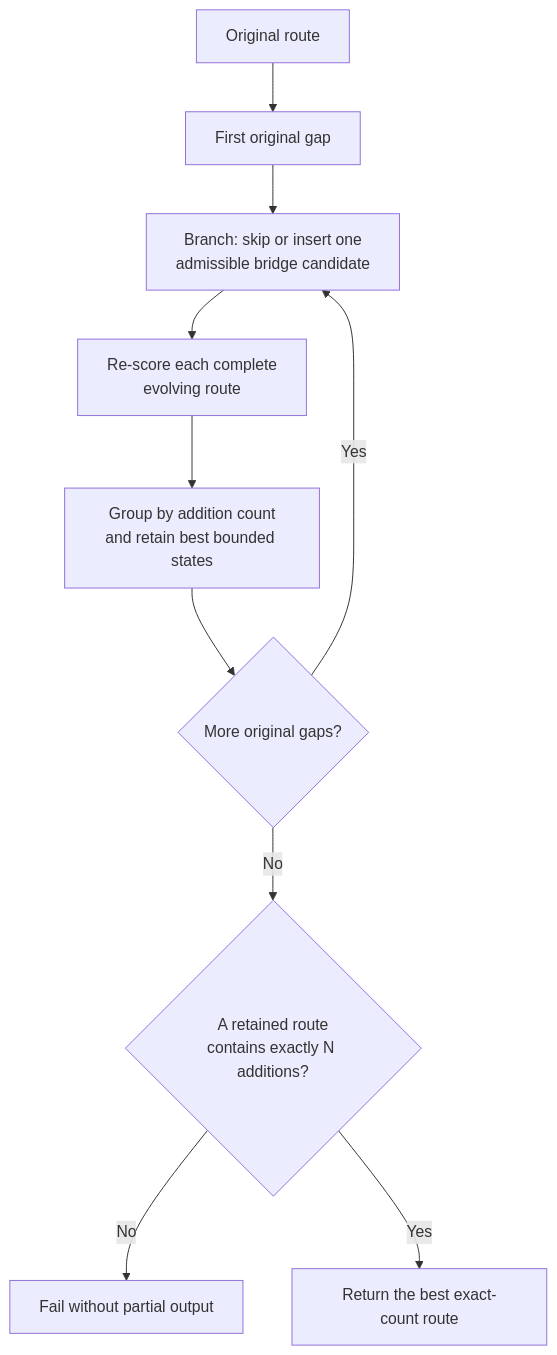
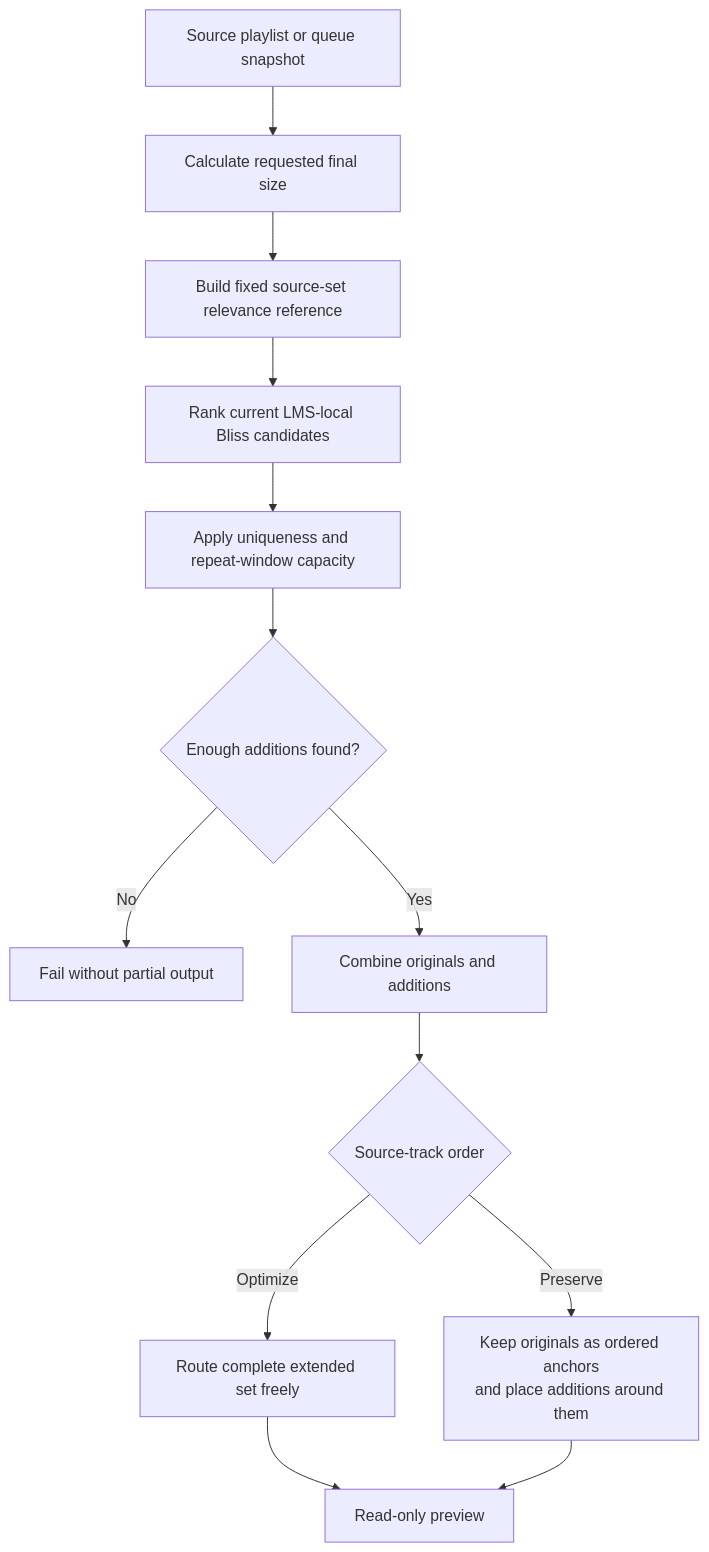
Before and after one commit to chrober/lms-better-call-bliss: the fifth of 8 diagrams in ALGORITHMS.md, drawn with Mermaid. The commit also changed other lines of this file and 12 other files, not shown here.

```diff
--- a/ALGORITHMS.md
+++ b/ALGORITHMS.md
@@ -320,12 +328,15 @@
 ~~~mermaid
 flowchart TD
-    A["Original route"] --> B["First original gap"]
-    B --> C["Branch: skip or insert one<br/>admissible bridge candidate"]
-    C --> D["Re-score each complete<br/>evolving route"]
-    D --> E["Group by addition count<br/>and retain best bounded states"]
-    E --> F{"More original gaps?"}
-    F -- Yes --> C
-    F -- No --> G{"A retained route<br/>contains exactly N additions?"}
-    G -- No --> X["Fail without partial output"]
-    G -- Yes --> H["Return the best exact-count route"]
+    A["Source playlist or queue snapshot"] --> B["Calculate requested final size"]
+    B --> C["Build fixed source-set relevance reference"]
+    C --> D["Rank current LMS-local Bliss candidates"]
+    D --> E["Apply uniqueness and repeat-window capacity"]
+    E --> F{"Enough additions found?"}
+    F -- No --> X["Fail without partial output"]
+    F -- Yes --> G["Combine originals and additions"]
+    G --> H{"Source-track order"}
+    H -- Optimize --> I["Route complete extended set freely"]
+    H -- Preserve --> J["Keep originals as ordered anchors<br/>and place additions around them"]
+    I --> R["Read-only preview"]
+    J --> R
 ~~~
```
